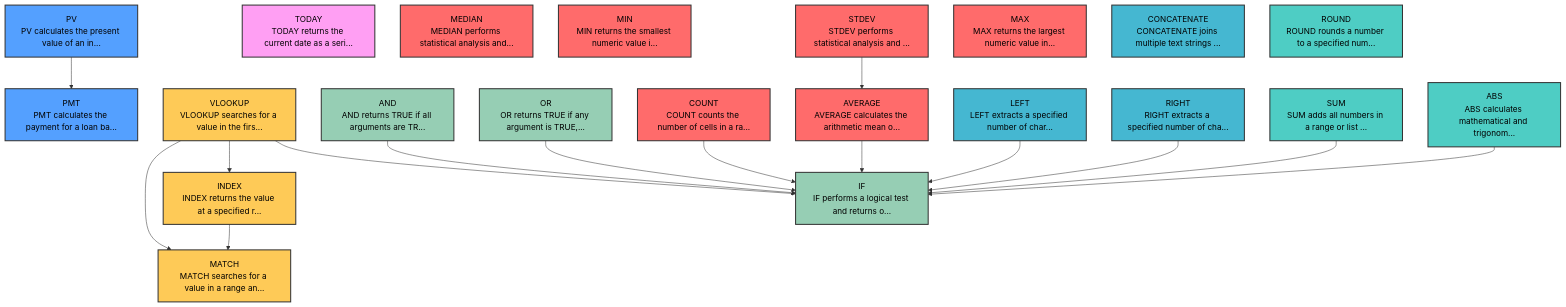
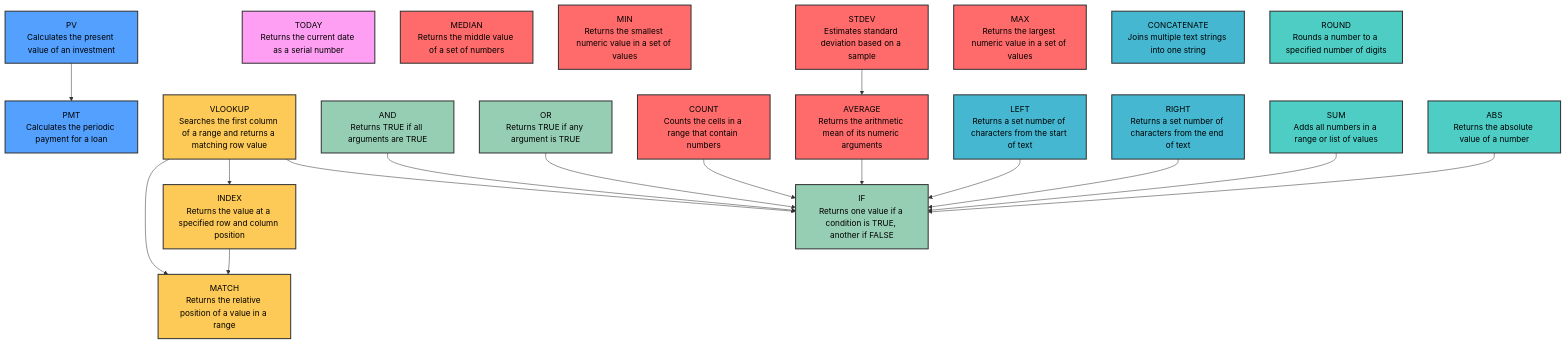
One commit to klappe-pm/Spreadsheet-Functions changed the diagram in Diagrams/master_functions_overview.md. Above: the diagram before and after it, drawn with Mermaid. The commit also changed other lines of this file and 29 other files, not shown here.

First line of the commit message:
Review Text, Lookup and Google-specific diagrams and rebuild the diagram index

````diff
--- a/Diagrams/master_functions_overview.md
+++ b/Diagrams/master_functions_overview.md
@@ -5,74 +48,73 @@
 ```mermaid
 graph TD
     classDef LookupReference fill:#FECA57,stroke:#333,stroke-width:2px,color:#000
     classDef Financial fill:#54A0FF,stroke:#333,stroke-width:2px,color:#000
     classDef Logical fill:#96CEB4,stroke:#333,stroke-width:2px,color:#000
     classDef Text fill:#45B7D1,stroke:#333,stroke-width:2px,color:#000
-    classDef DynamicArrays fill:#FD79A8,stroke:#333,stroke-width:2px,color:#000
     classDef Engineering fill:#FF9F43,stroke:#333,stroke-width:2px,color:#000
     classDef Cube fill:#E17055,stroke:#333,stroke-width:2px,color:#000
-    classDef Excel-specific fill:#6C5CE7,stroke:#333,stroke-width:2px,color:#000
-    classDef Google-specific fill:#A29BFE,stroke:#333,stroke-width:2px,color:#000
+    classDef ExcelSpecific fill:#6C5CE7,stroke:#333,stroke-width:2px,color:#000
+    classDef GoogleSpecific fill:#A29BFE,stroke:#333,stroke-width:2px,color:#000
     classDef Statistical fill:#FF6B6B,stroke:#333,stroke-width:2px,color:#000
     classDef Database fill:#00D2D3,stroke:#333,stroke-width:2px,color:#000
     classDef Web fill:#00B894,stroke:#333,stroke-width:2px,color:#000
     classDef DateTime fill:#FF9FF3,stroke:#333,stroke-width:2px,color:#000
     classDef Information fill:#5F27CD,stroke:#333,stroke-width:2px,color:#000
     classDef MathTrig fill:#4ECDC4,stroke:#333,stroke-width:2px,color:#000
-    PV["PV<br/>PV calculates the present value of an in..."]
-    PMT["PMT<br/>PMT calculates the payment for a loan ba..."]
-    TODAY["TODAY<br/>TODAY returns the current date as a seri..."]
-    MATCH["MATCH<br/>MATCH searches for a value in a range an..."]
-    INDEX["INDEX<br/>INDEX returns the value at a specified r..."]
-    VLOOKUP["VLOOKUP<br/>VLOOKUP searches for a value in the firs..."]
-    IF["IF<br/>IF performs a logical test and returns o..."]
-    AND["AND<br/>AND returns TRUE if all arguments are TR..."]
-    OR["OR<br/>OR returns TRUE if any argument is TRUE,..."]
-    MEDIAN["MEDIAN<br/>MEDIAN performs statistical analysis and..."]
-    MIN["MIN<br/>MIN returns the smallest numeric value i..."]
-    COUNT["COUNT<br/>COUNT counts the number of cells in a ra..."]
-    AVERAGE["AVERAGE<br/>AVERAGE calculates the arithmetic mean o..."]
-    STDEV["STDEV<br/>STDEV performs statistical analysis and ..."]
-    MAX["MAX<br/>MAX returns the largest numeric value in..."]
-    LEFT["LEFT<br/>LEFT extracts a specified number of char..."]
-    CONCATENATE["CONCATENATE<br/>CONCATENATE joins multiple text strings ..."]
-    RIGHT["RIGHT<br/>RIGHT extracts a specified number of cha..."]
-    ROUND["ROUND<br/>ROUND rounds a number to a specified num..."]
-    SUM["SUM<br/>SUM adds all numbers in a range or list ..."]
-    ABS["ABS<br/>ABS calculates mathematical and trigonom..."]
+    PV["PV<br/>Calculates the present value of an investment"]
+    PMT["PMT<br/>Calculates the periodic payment for a loan"]
+    TODAY["TODAY<br/>Returns the current date as a serial number"]
+    MATCH["MATCH<br/>Returns the relative position of a value in a range"]
+    INDEX["INDEX<br/>Returns the value at a specified row and column position"]
+    VLOOKUP["VLOOKUP<br/>Searches the first column of a range and returns a matching row value"]
+    IF["IF<br/>Returns one value if a condition is TRUE, another if FALSE"]
+    AND["AND<br/>Returns TRUE if all arguments are TRUE"]
+    OR["OR<br/>Returns TRUE if any argument is TRUE"]
+    MEDIAN["MEDIAN<br/>Returns the middle value of a set of numbers"]
+    MIN["MIN<br/>Returns the smallest numeric value in a set of values"]
+    COUNT["COUNT<br/>Counts the cells in a range that contain numbers"]
+    AVERAGE["AVERAGE<br/>Returns the arithmetic mean of its numeric arguments"]
+    STDEV["STDEV<br/>Estimates standard deviation based on a sample"]
+    MAX["MAX<br/>Returns the largest numeric value in a set of values"]
+    LEFT["LEFT<br/>Returns a set number of characters from the start of text"]
+    CONCATENATE["CONCATENATE<br/>Joins multiple text strings into one string"]
+    RIGHT["RIGHT<br/>Returns a set number of characters from the end of text"]
+    ROUND["ROUND<br/>Rounds a number to a specified number of digits"]
+    SUM["SUM<br/>Adds all numbers in a range or list of values"]
+    ABS["ABS<br/>Returns the absolute value of a number"]
     SUM --> IF
     AVERAGE --> IF
     COUNT --> IF
     VLOOKUP --> IF
     VLOOKUP --> INDEX
     VLOOKUP --> MATCH
     INDEX --> MATCH
     LEFT --> IF
     RIGHT --> IF
     AND --> IF
     OR --> IF
     STDEV --> AVERAGE
     PV --> PMT
     ABS --> IF
     class PV Financial
     class PMT Financial
     class TODAY DateTime
     class MATCH LookupReference
     class INDEX LookupReference
     class VLOOKUP LookupReference
     class IF Logical
     class AND Logical
     class OR Logical
     class MEDIAN Statistical
     class MIN Statistical
     class COUNT Statistical
     class AVERAGE Statistical
     class STDEV Statistical
     class MAX Statistical
     class LEFT Text
     class CONCATENATE Text
     class RIGHT Text
     class ROUND MathTrig
     class SUM MathTrig
     class ABS MathTrig
 ```
````
